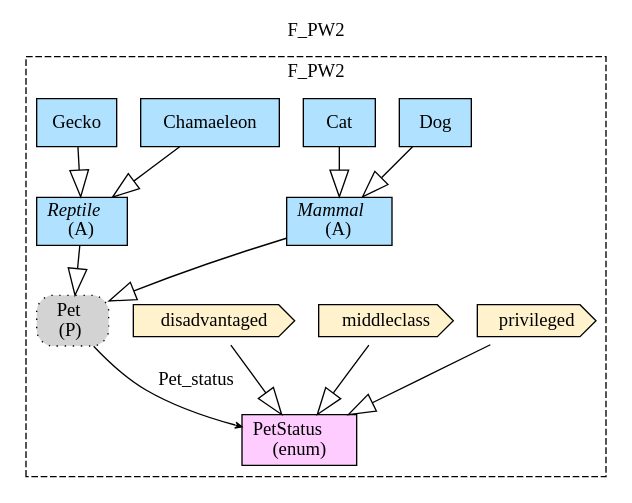
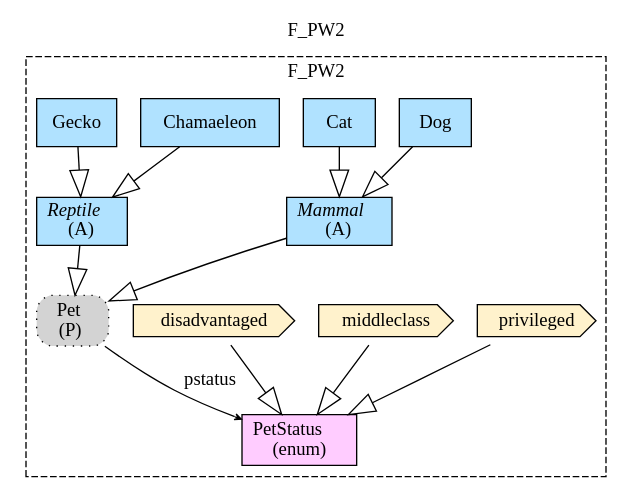
The diagram in Haskell/FragmentaTests/PetsWorld/img/F_PW2.gv (namalio/Fragmenta), drawn with Graphviz before and after one commit. The commit also changed 25 other files, not shown here.

```diff
--- a/Haskell/FragmentaTests/PetsWorld/img/F_PW2.gv
+++ b/Haskell/FragmentaTests/PetsWorld/img/F_PW2.gv
@@ -1,28 +1,28 @@
 digraph {graph[label=F_PW2,labelloc=tl,labelfontsize=12];
 subgraph cluster_F_PW2{style=dashed;label=F_PW2;
 "privileged"[shape=cds,fillcolor="#FFF2CC",style = filled,label="privileged"];
 "middleclass"[shape=cds,fillcolor="#FFF2CC",style = filled,label="middleclass"];
 "disadvantaged"[shape=cds,fillcolor="#FFF2CC",style = filled,label="disadvantaged"];
 "PetStatus"[shape=record,fillcolor="#FFCCFF",style = filled,label="PetStatus\l(enum)"];
 "PPet"[shape=box,fillcolor=lightgray,style ="rounded,filled,dotted",label=<Pet<br/>(P)>];
 "Dog"[shape=record,fillcolor=lightskyblue1,style = filled,label="Dog"];
 "Cat"[shape=record,fillcolor=lightskyblue1,style = filled,label="Cat"];
 "Mammal"[shape=record,fillcolor=lightskyblue1,style = filled,label=<{<I>Mammal</I><br/>(A)}>];
 "Chamaeleon"[shape=record,fillcolor=lightskyblue1,style = filled,label="Chamaeleon"];
 "Gecko"[shape=record,fillcolor=lightskyblue1,style = filled,label="Gecko"];
 "Reptile"[shape=record,fillcolor=lightskyblue1,style = filled,label=<{<I>Reptile</I><br/>(A)}>];
 
 "privileged"->"PetStatus"[arrowhead=onormal,arrowsize=2.0];
 "middleclass"->"PetStatus"[arrowhead=onormal,arrowsize=2.0];
 "disadvantaged"->"PetStatus"[arrowhead=onormal,arrowsize=2.0];
-"PPet"->"PetStatus"[label="Pet_status",arrowhead=vee,headlabel="",arrowsize=.5];
+"PPet"->"PetStatus"[label="pstatus",arrowhead=vee,headlabel="",arrowsize=.5];
 "Mammal"->"PPet"[arrowhead=onormal,arrowsize=2.0];
 "Reptile"->"PPet"[arrowhead=onormal,arrowsize=2.0];
 "Dog"->"Mammal"[arrowhead=onormal,arrowsize=2.0];
 "Cat"->"Mammal"[arrowhead=onormal,arrowsize=2.0];
 "Chamaeleon"->"Reptile"[arrowhead=onormal,arrowsize=2.0];
 "Gecko"->"Reptile"[arrowhead=onormal,arrowsize=2.0];
 
 }
 
 }
```
